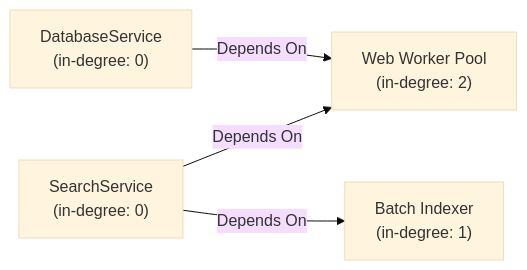
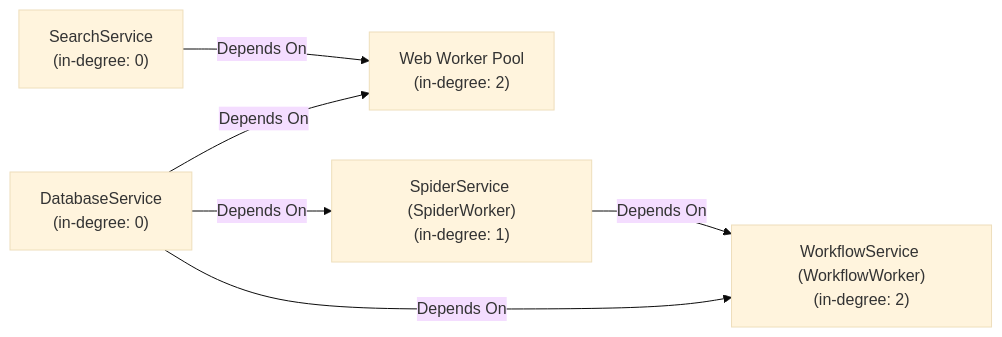
Before and after one commit to rokujyouhitoma/arxiv-security-papers: the eighth of 18 diagrams in docs/designs/DSN-12-process_supervisor_and_arbiter.md, drawn with Mermaid (base theme). The commit also changed other lines of this file and 20 other files, not shown here.

````diff
--- a/docs/designs/DSN-12-process_supervisor_and_arbiter.md
+++ b/docs/designs/DSN-12-process_supervisor_and_arbiter.md
@@ -572,6 +574,8 @@
 ```mermaid
 graph LR
     DB["DatabaseService<br>(in-degree: 0)"] -->|"Depends On"| Web["Web Worker Pool<br>(in-degree: 2)"]
     Search["SearchService<br>(in-degree: 0)"] -->|"Depends On"| Web
-    Search -->|"Depends On"| Batch["Batch Indexer<br>(in-degree: 1)"]
+    DB -->|"Depends On"| Spider["SpiderService (SpiderWorker)<br>(in-degree: 1)"]
+    Spider -->|"Depends On"| Workflow["WorkflowService (WorkflowWorker)<br>(in-degree: 2)"]
+    DB -->|"Depends On"| Workflow
 ```
````
